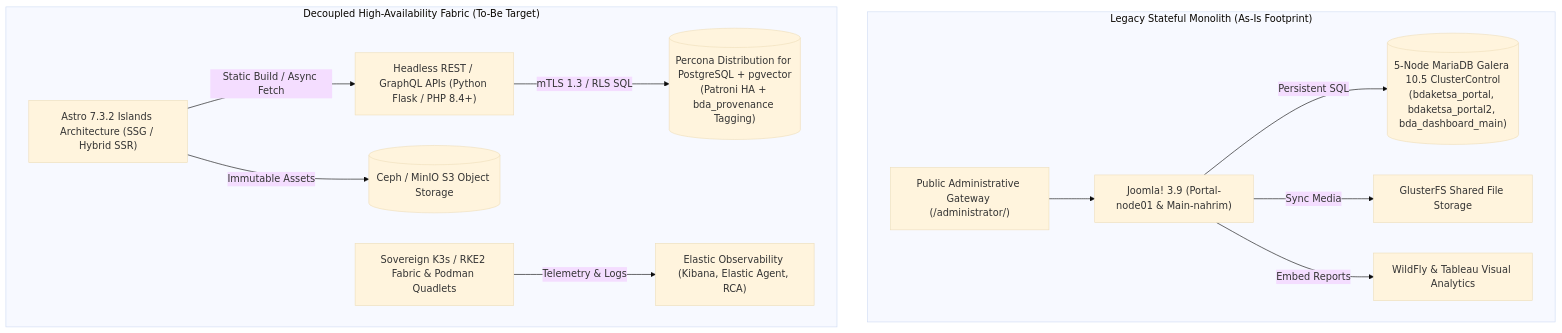
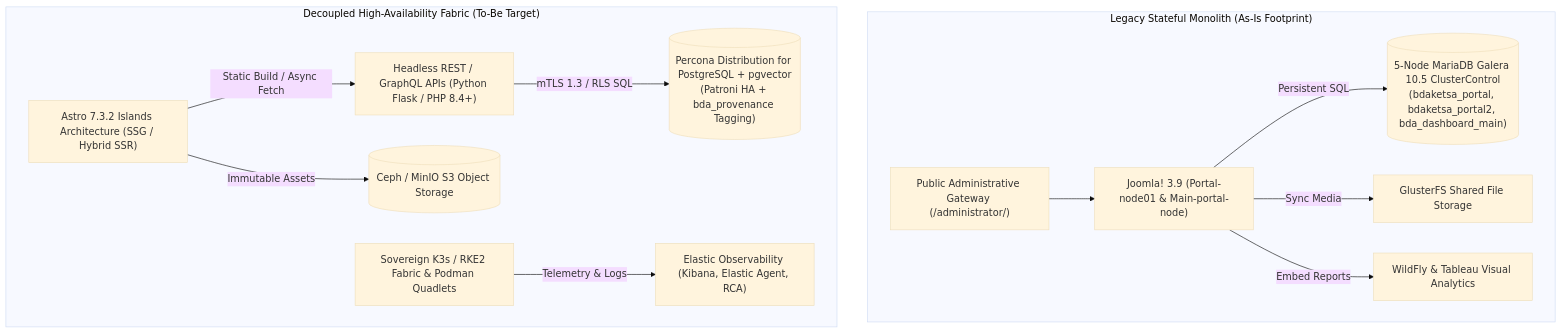
One commit to linuxmalaysia/bda-ai-infra changed the diagram in docs/proposals/nre-bda-astro-migration.md. Above: the diagram before and after it, drawn with Mermaid (base theme). The commit also changed 2 other files, not shown here.

Commit message:
docs(proposals): address PR feedback on Wasm/WebGPU architecture and staging lifecycle

````diff
--- a/docs/proposals/nre-bda-astro-migration.md
+++ b/docs/proposals/nre-bda-astro-migration.md
@@ -159,29 +159,29 @@
 ```mermaid
 flowchart TD
     subgraph AsIs ["Legacy Stateful Monolith (As-Is Footprint)"]
-        AS_Joomla["Joomla! 3.9 (Portal-node01 & Main-nahrim)"]
+        AS_Joomla["Joomla! 3.9 (Portal-node01 & Main-portal-node)"]
         AS_MariaDB[("5-Node MariaDB Galera 10.5 ClusterControl\n(bdaketsa_portal, bdaketsa_portal2, bda_dashboard_main)")]
         AS_Gluster["GlusterFS Shared File Storage"]
         AS_Tableau["WildFly & Tableau Visual Analytics"]
         AS_Admin["Public Administrative Gateway (/administrator/)"]
     end
 
     subgraph ToBe ["Decoupled High-Availability Fabric (To-Be Target)"]
         TB_Astro["Astro 7.3.2 Islands Architecture (SSG / Hybrid SSR)"]
         TB_K3s["Sovereign K3s / RKE2 Fabric & Podman Quadlets"]
         TB_API["Headless REST / GraphQL APIs (Python Flask / PHP 8.4+)"]
         TB_Postgres[("Percona Distribution for PostgreSQL + pgvector\n(Patroni HA + bda_provenance Tagging)")]
         TB_S3[("Ceph / MinIO S3 Object Storage")]
         TB_Elastic["Elastic Observability (Kibana, Elastic Agent, RCA)"]
     end
 
     AS_Admin --> AS_Joomla
     AS_Joomla -->|"Persistent SQL"| AS_MariaDB
     AS_Joomla -->|"Sync Media"| AS_Gluster
     AS_Joomla -->|"Embed Reports"| AS_Tableau
 
     TB_Astro -->|"Static Build / Async Fetch"| TB_API
     TB_API -->|"mTLS 1.3 / RLS SQL"| TB_Postgres
     TB_Astro -->|"Immutable Assets"| TB_S3
     TB_K3s -->|"Telemetry & Logs"| TB_Elastic
 ```
````
